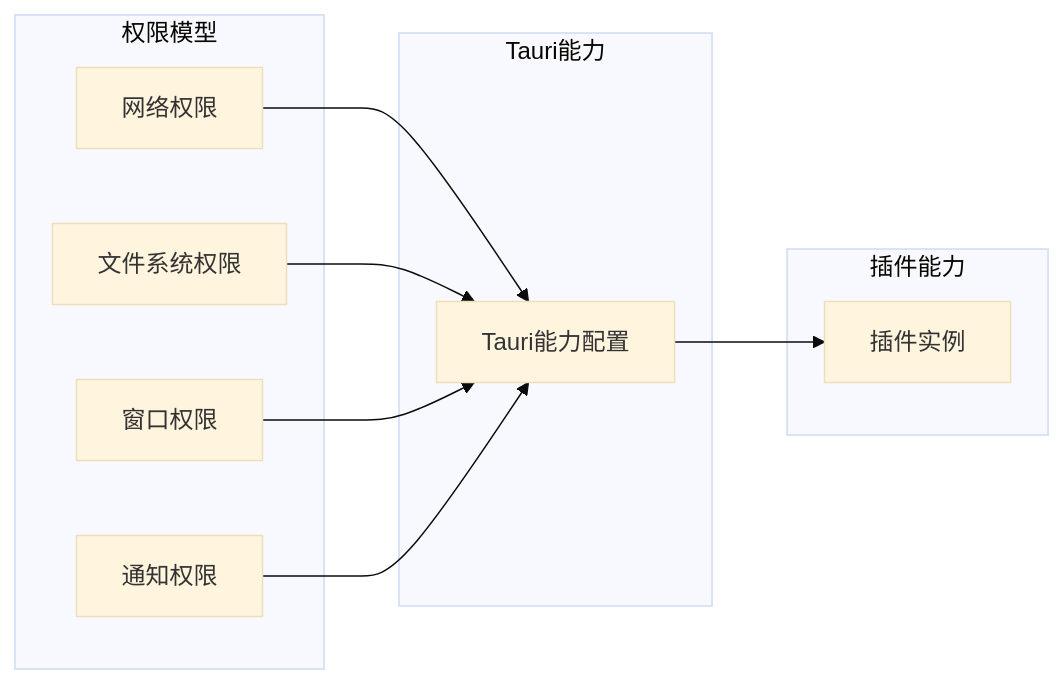
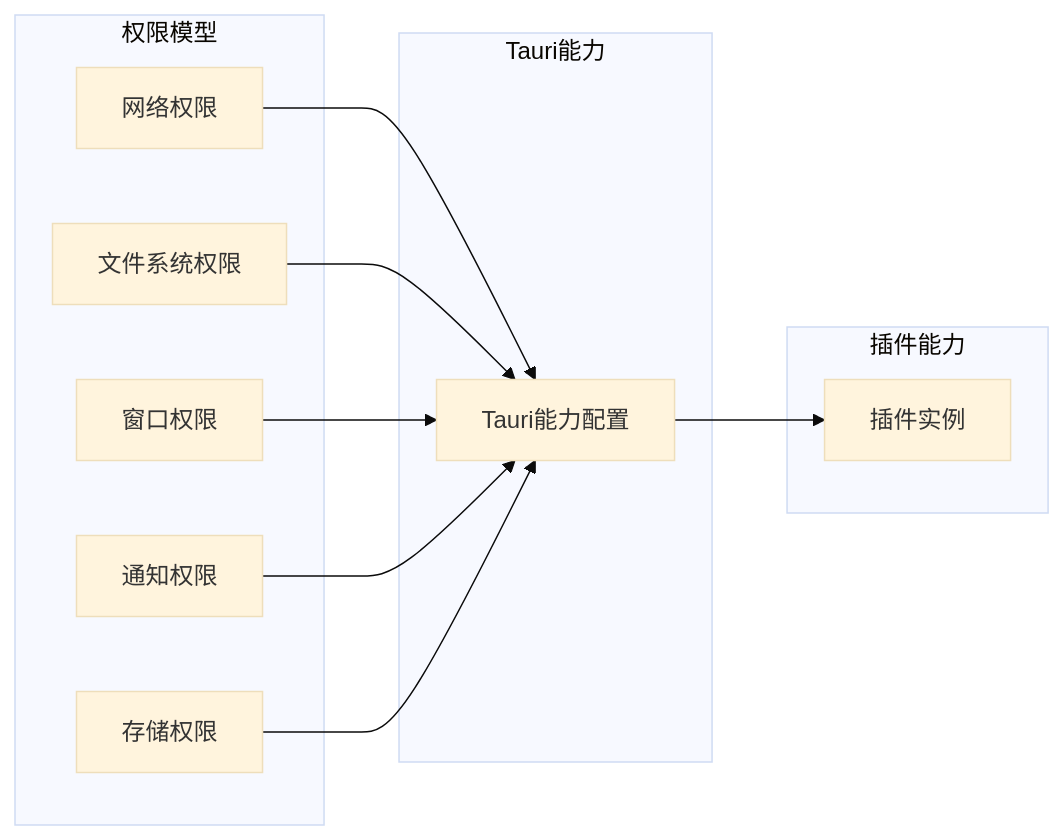
Before and after one commit to Onin-app/Onin: the eighth of 12 diagrams in .qoder/repowiki/zh/content/核心功能详解/插件系统架构/插件系统架构.md, drawn with Mermaid (base theme). The commit also changed other lines of this file and 14 other files, not shown here.

````diff
--- a/.qoder/repowiki/zh/content/核心功能详解/插件系统架构/插件系统架构.md
+++ b/.qoder/repowiki/zh/content/核心功能详解/插件系统架构/插件系统架构.md
@@ -371,20 +397,22 @@
 ```mermaid
 graph LR
 subgraph "权限模型"
 Network[网络权限]
 FileSystem[文件系统权限]
 Window[窗口权限]
 Notification[通知权限]
+Storage[存储权限]
 end
 subgraph "插件能力"
 Plugin[插件实例]
 end
 subgraph "Tauri能力"
 Capabilities[Tauri能力配置]
 end
 Network --> Capabilities
 FileSystem --> Capabilities
 Window --> Capabilities
 Notification --> Capabilities
+Storage --> Capabilities
 Capabilities --> Plugin
 ```
````
